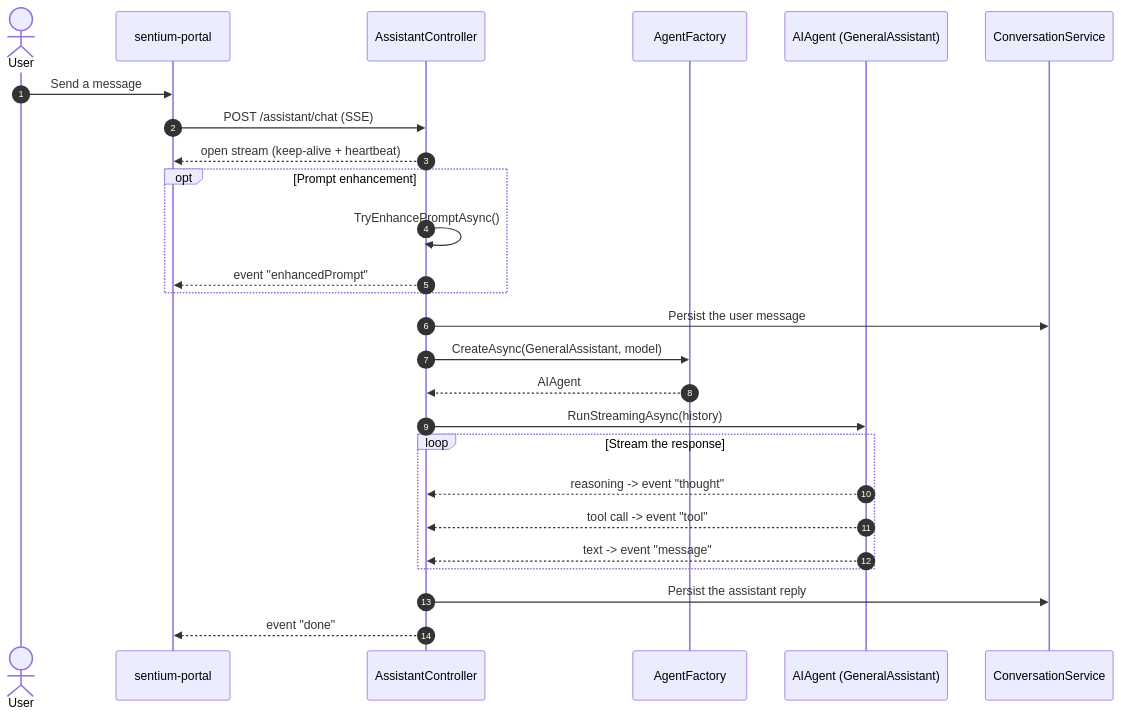
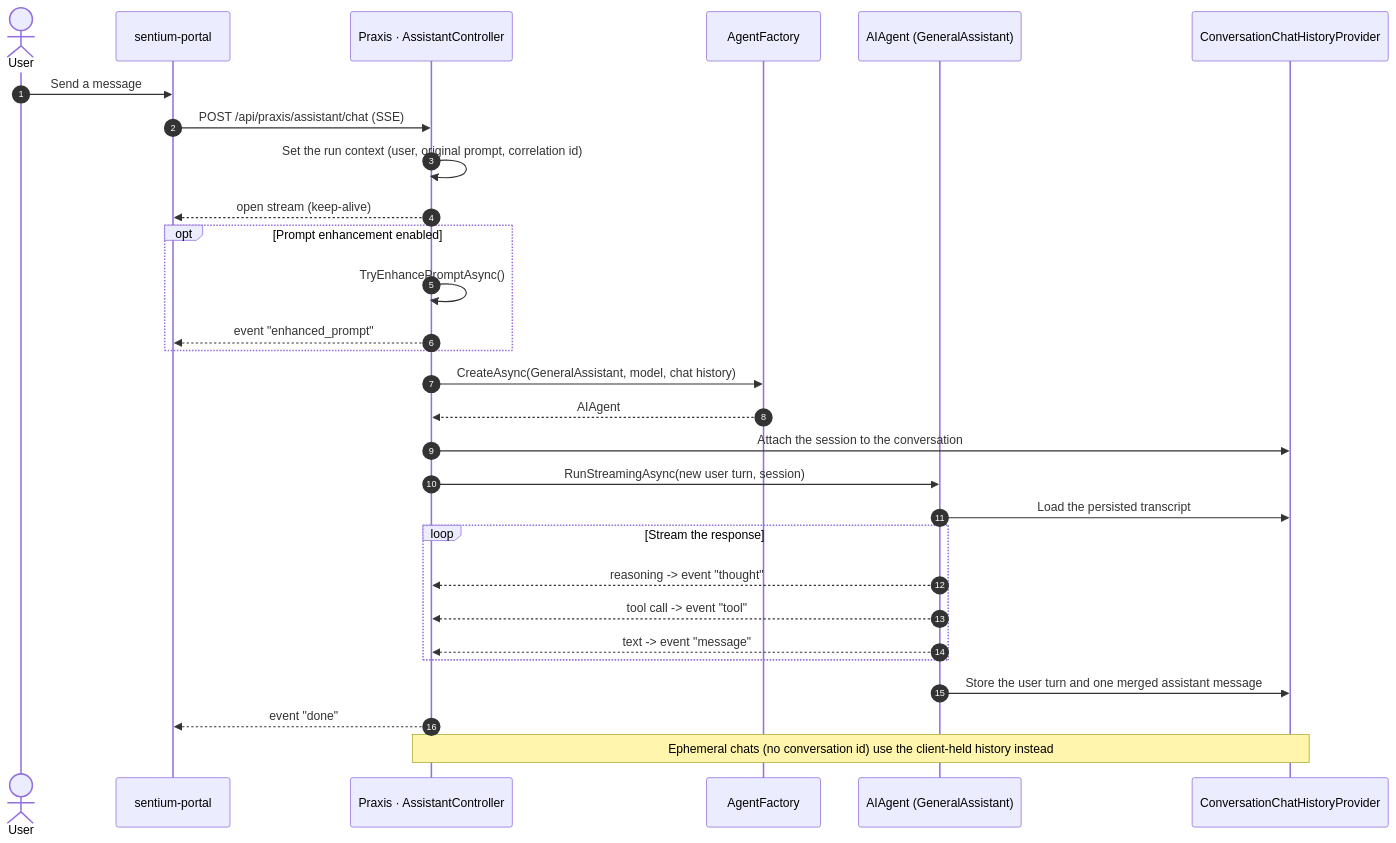
One commit to mihailshterev/sentium changed the diagram in docs/diagrams/agents-3-assistant-streaming-chat.md. Above: the diagram before and after it, drawn with Mermaid. The commit also changed 138 other files, not shown here.

````diff
--- a/docs/diagrams/agents-3-assistant-streaming-chat.md
+++ b/docs/diagrams/agents-3-assistant-streaming-chat.md
@@ -1,29 +1,32 @@
 ```mermaid
 sequenceDiagram
     autonumber
     actor U as User
     participant FE as sentium-portal
-    participant AR as AssistantController
+    participant AR as Praxis · AssistantController
     participant F as AgentFactory
     participant AG as AIAgent (GeneralAssistant)
-    participant CS as ConversationService
+    participant CH as ConversationChatHistoryProvider
 
     U->>FE: Send a message
-    FE->>AR: POST /assistant/chat (SSE)
-    AR-->>FE: open stream (keep-alive + heartbeat)
-    opt Prompt enhancement
+    FE->>AR: POST /api/praxis/assistant/chat (SSE)
+    AR->>AR: Set the run context (user, original prompt, correlation id)
+    AR-->>FE: open stream (keep-alive)
+    opt Prompt enhancement enabled
         AR->>AR: TryEnhancePromptAsync()
-        AR-->>FE: event "enhancedPrompt"
+        AR-->>FE: event "enhanced_prompt"
     end
-    AR->>CS: Persist the user message
-    AR->>F: CreateAsync(GeneralAssistant, model)
+    AR->>F: CreateAsync(GeneralAssistant, model, chat history)
     F-->>AR: AIAgent
-    AR->>AG: RunStreamingAsync(history)
+    AR->>CH: Attach the session to the conversation
+    AR->>AG: RunStreamingAsync(new user turn, session)
+    AG->>CH: Load the persisted transcript
     loop Stream the response
         AG-->>AR: reasoning -> event "thought"
         AG-->>AR: tool call -> event "tool"
         AG-->>AR: text -> event "message"
     end
-    AR->>CS: Persist the assistant reply
+    AG->>CH: Store the user turn and one merged assistant message
     AR-->>FE: event "done"
+    Note over AR,CH: Ephemeral chats (no conversation id) use the client-held history instead
 ```
````
